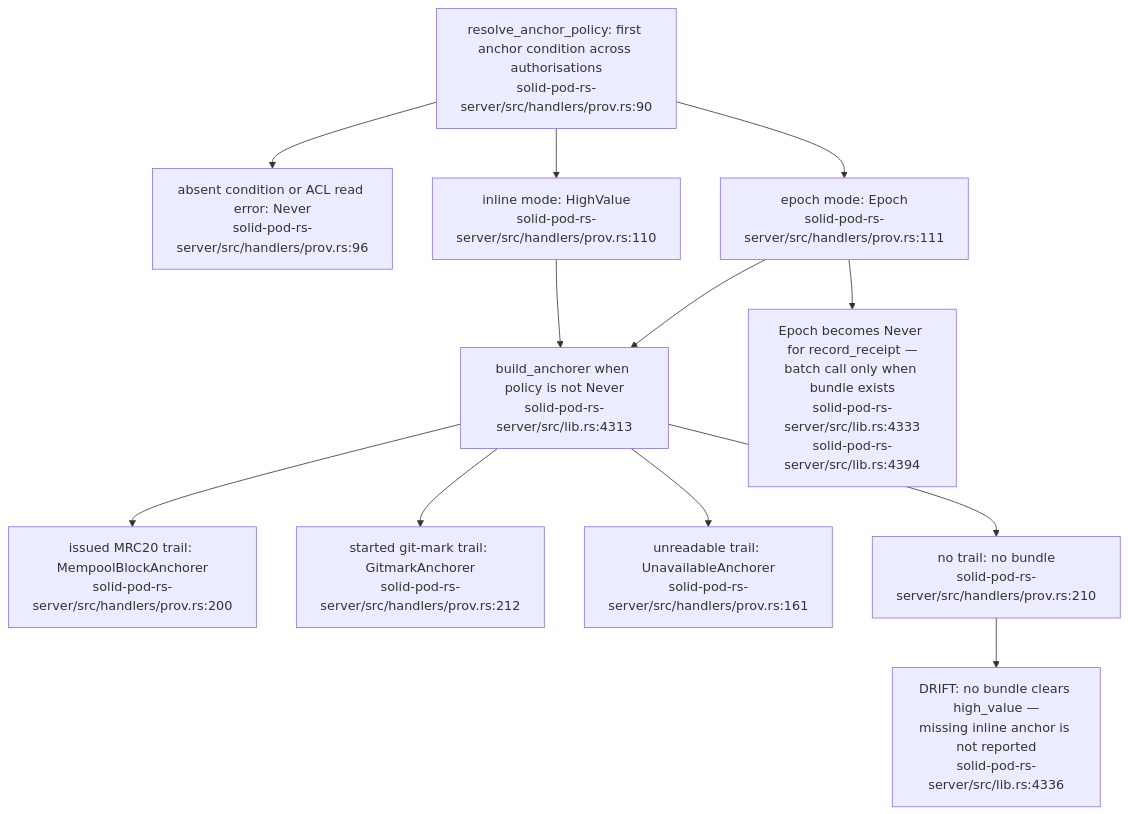
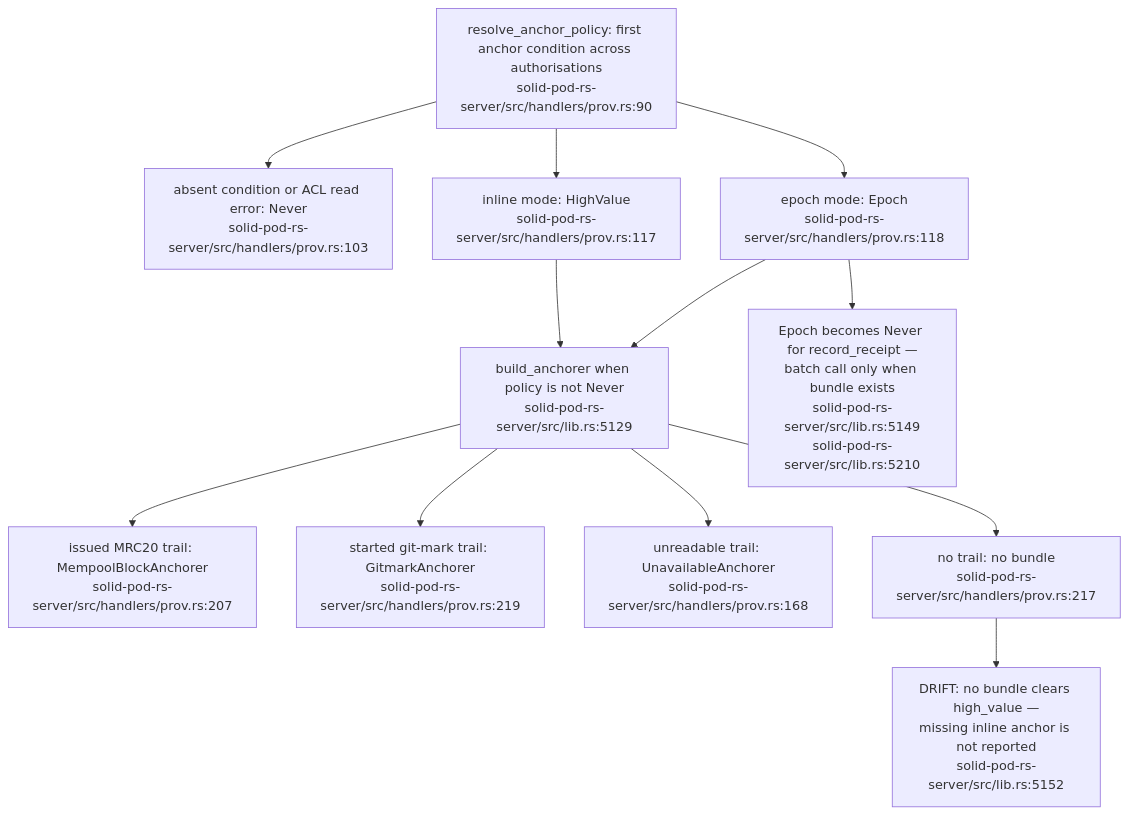
Before and after one commit to DreamLab-AI/VisionFlow: the third of 19 diagrams in docs/diagrams/solid-pod-rs/07-provenance-and-payments.md, drawn with Mermaid. The commit also changed other lines of this file and 2 other files, not shown here.

First line of the commit message:
docs(diagrams): SP-07, SP-10, SP-15 re-verified at solid-pod-rs a28a748

````diff
--- a/docs/diagrams/solid-pod-rs/07-provenance-and-payments.md
+++ b/docs/diagrams/solid-pod-rs/07-provenance-and-payments.md
@@ -92,22 +94,22 @@
 ```mermaid
 flowchart TD
     RES["resolve_anchor_policy: first anchor condition across authorisations<br/>solid-pod-rs-server/src/handlers/prov.rs:90"]
-    NEVER["absent condition or ACL read error: Never<br/>solid-pod-rs-server/src/handlers/prov.rs:96"]
-    HV["inline mode: HighValue<br/>solid-pod-rs-server/src/handlers/prov.rs:110"]
-    EP["epoch mode: Epoch<br/>solid-pod-rs-server/src/handlers/prov.rs:111"]
-    BLD["build_anchorer when policy is not Never<br/>solid-pod-rs-server/src/lib.rs:4313"]
-    MRC["issued MRC20 trail: MempoolBlockAnchorer<br/>solid-pod-rs-server/src/handlers/prov.rs:200"]
-    GM["started git-mark trail: GitmarkAnchorer<br/>solid-pod-rs-server/src/handlers/prov.rs:212"]
-    ERR["unreadable trail: UnavailableAnchorer<br/>solid-pod-rs-server/src/handlers/prov.rs:161"]
-    NONE["no trail: no bundle<br/>solid-pod-rs-server/src/handlers/prov.rs:210"]
-    FLAG["DRIFT: no bundle clears high_value —<br/>missing inline anchor is not reported<br/>solid-pod-rs-server/src/lib.rs:4336"]
-    BATCH["Epoch becomes Never for record_receipt —<br/>batch call only when bundle exists<br/>solid-pod-rs-server/src/lib.rs:4333<br/>solid-pod-rs-server/src/lib.rs:4394"]
+    NEVER["absent condition or ACL read error: Never<br/>solid-pod-rs-server/src/handlers/prov.rs:103"]
+    HV["inline mode: HighValue<br/>solid-pod-rs-server/src/handlers/prov.rs:117"]
+    EP["epoch mode: Epoch<br/>solid-pod-rs-server/src/handlers/prov.rs:118"]
+    BLD["build_anchorer when policy is not Never<br/>solid-pod-rs-server/src/lib.rs:5129"]
+    MRC["issued MRC20 trail: MempoolBlockAnchorer<br/>solid-pod-rs-server/src/handlers/prov.rs:207"]
+    GM["started git-mark trail: GitmarkAnchorer<br/>solid-pod-rs-server/src/handlers/prov.rs:219"]
+    ERR["unreadable trail: UnavailableAnchorer<br/>solid-pod-rs-server/src/handlers/prov.rs:168"]
+    NONE["no trail: no bundle<br/>solid-pod-rs-server/src/handlers/prov.rs:217"]
+    FLAG["DRIFT: no bundle clears high_value —<br/>missing inline anchor is not reported<br/>solid-pod-rs-server/src/lib.rs:5152"]
+    BATCH["Epoch becomes Never for record_receipt —<br/>batch call only when bundle exists<br/>solid-pod-rs-server/src/lib.rs:5149<br/>solid-pod-rs-server/src/lib.rs:5210"]
     RES --> NEVER
     RES --> HV --> BLD
     RES --> EP --> BLD
     BLD --> MRC
     BLD --> GM
     BLD --> ERR
     BLD --> NONE --> FLAG
     EP --> BATCH
 ```
````
